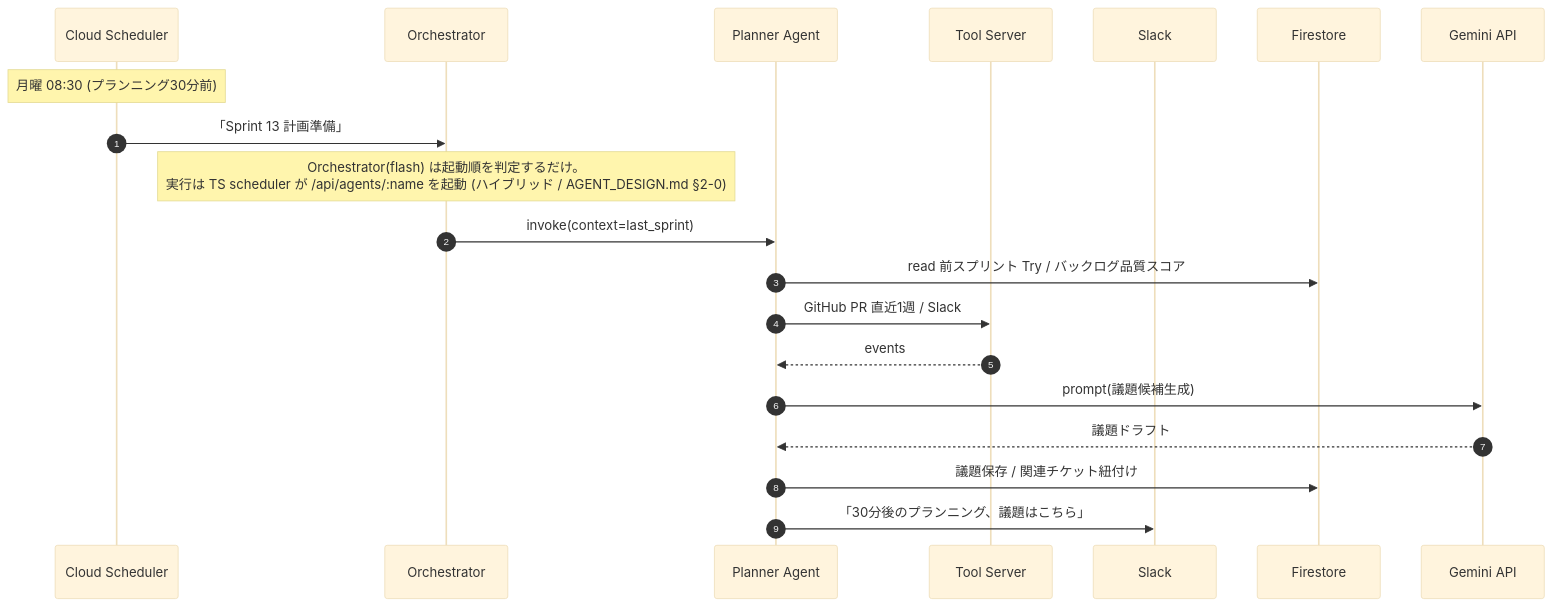
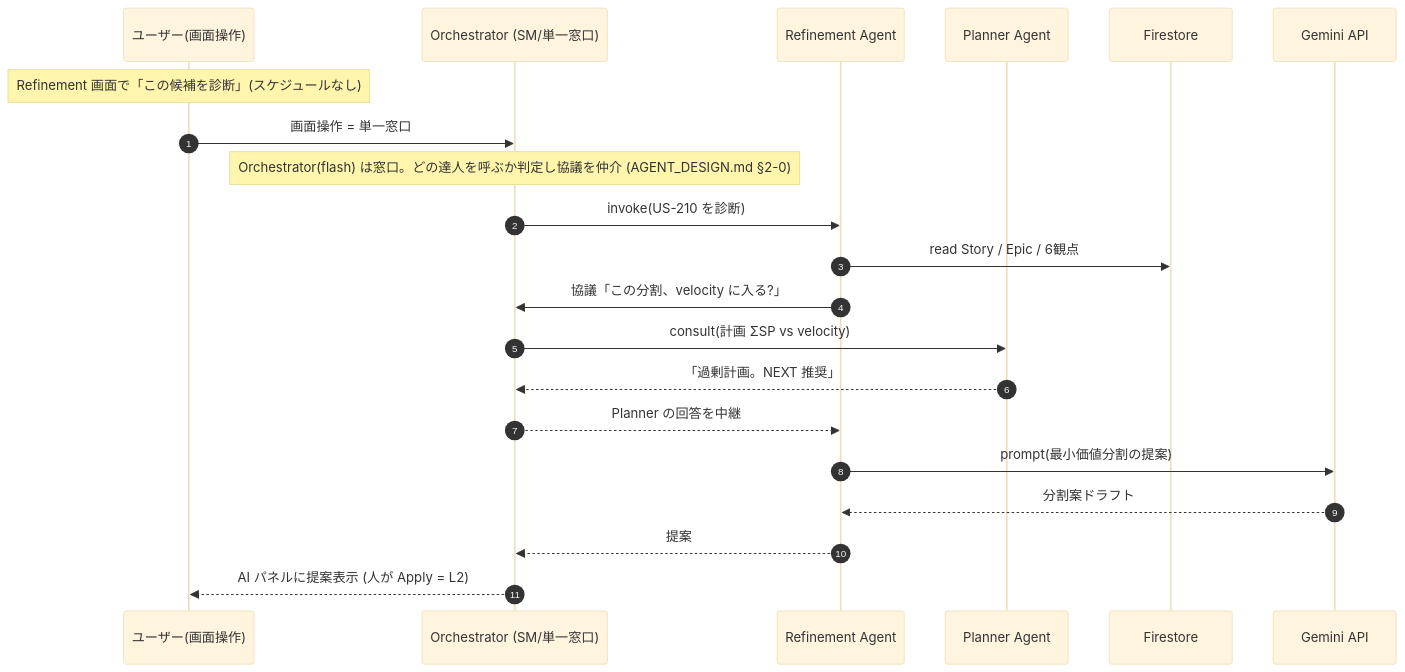
Before and after one commit to KaedeAatou/belvedere: the second of 2 diagrams in ARCHITECTURE.md, drawn with Mermaid (base theme). The commit also changed other lines of this file and 1 other file, not shown here.

First line of the commit message:
[update]Agent 運用モデル確定: SM 単一窓口/協議・スケジュール無し・L1L2・Slack 除去

````diff
--- a/ARCHITECTURE.md
+++ b/ARCHITECTURE.md
@@ -193,23 +190,24 @@
 ```mermaid
 sequenceDiagram
     autonumber
-    participant Sched as Cloud Scheduler
-    participant Orc as Orchestrator
+    participant U as ユーザー(画面操作)
+    participant Orc as Orchestrator (SM/単一窓口)
+    participant Rf as Refinement Agent
     participant Pl as Planner Agent
-    participant Tool as Tool Server
-    participant Slack
     participant FS as Firestore
     participant Gem as Gemini API
 
-    Note over Sched: 月曜 08:30 (プランニング30分前)
-    Sched->>Orc: 「Sprint 13 計画準備」
-    Note over Orc: Orchestrator(flash) は起動順を判定するだけ。<br/>実行は TS scheduler が /api/agents/:name を起動 (ハイブリッド / AGENT_DESIGN.md §2-0)
-    Orc->>Pl: invoke(context=last_sprint)
-    Pl->>FS: read 前スプリント Try / バックログ品質スコア
-    Pl->>Tool: GitHub PR 直近1週 / Slack #voc
-    Tool-->>Pl: events
-    Pl->>Gem: prompt(議題候補生成)
-    Gem-->>Pl: 議題ドラフト
-    Pl->>FS: 議題保存 / 関連チケット紐付け
-    Pl->>Slack: 「30分後のプランニング、議題はこちら」
+    Note over U: Refinement 画面で「この候補を診断」(スケジュールなし)
+    U->>Orc: 画面操作 = 単一窓口
+    Note over Orc: Orchestrator(flash) は窓口。どの達人を呼ぶか判定し協議を仲介 (AGENT_DESIGN.md §2-0)
+    Orc->>Rf: invoke(US-210 を診断)
+    Rf->>FS: read Story / Epic / 6観点
+    Rf->>Orc: 協議「この分割、velocity に入る?」
+    Orc->>Pl: consult(計画 ΣSP vs velocity)
+    Pl-->>Orc: 「過剰計画。NEXT 推奨」
+    Orc-->>Rf: Planner の回答を中継
+    Rf->>Gem: prompt(最小価値分割の提案)
+    Gem-->>Rf: 分割案ドラフト
+    Rf-->>Orc: 提案
+    Orc-->>U: AI パネルに提案表示 (人が Apply = L2)
 ```
````
